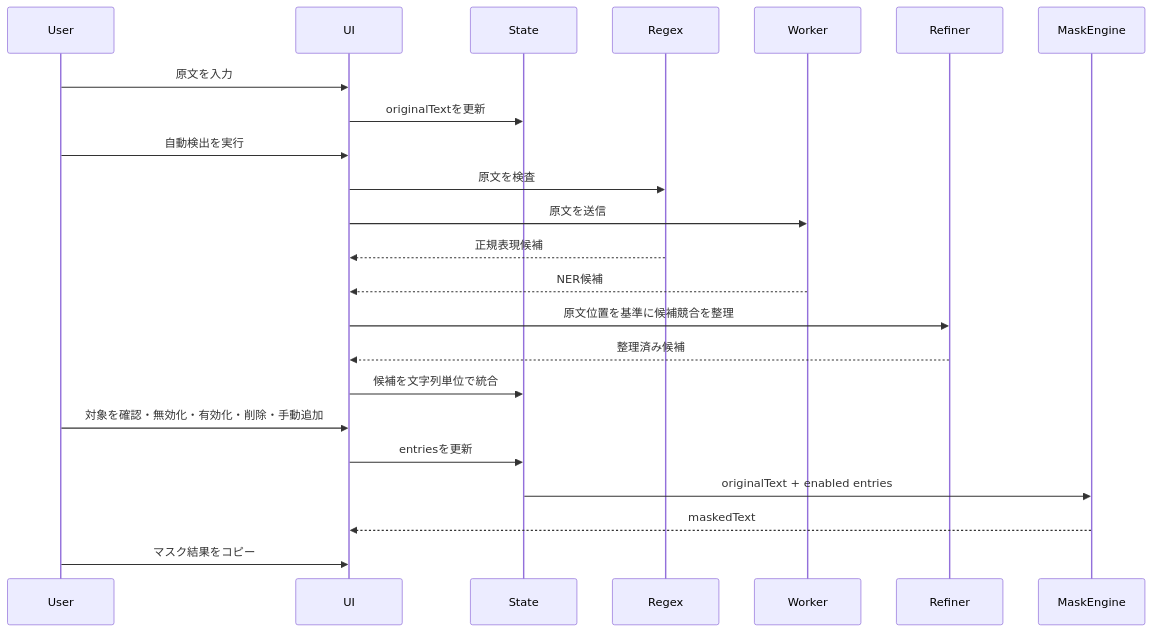
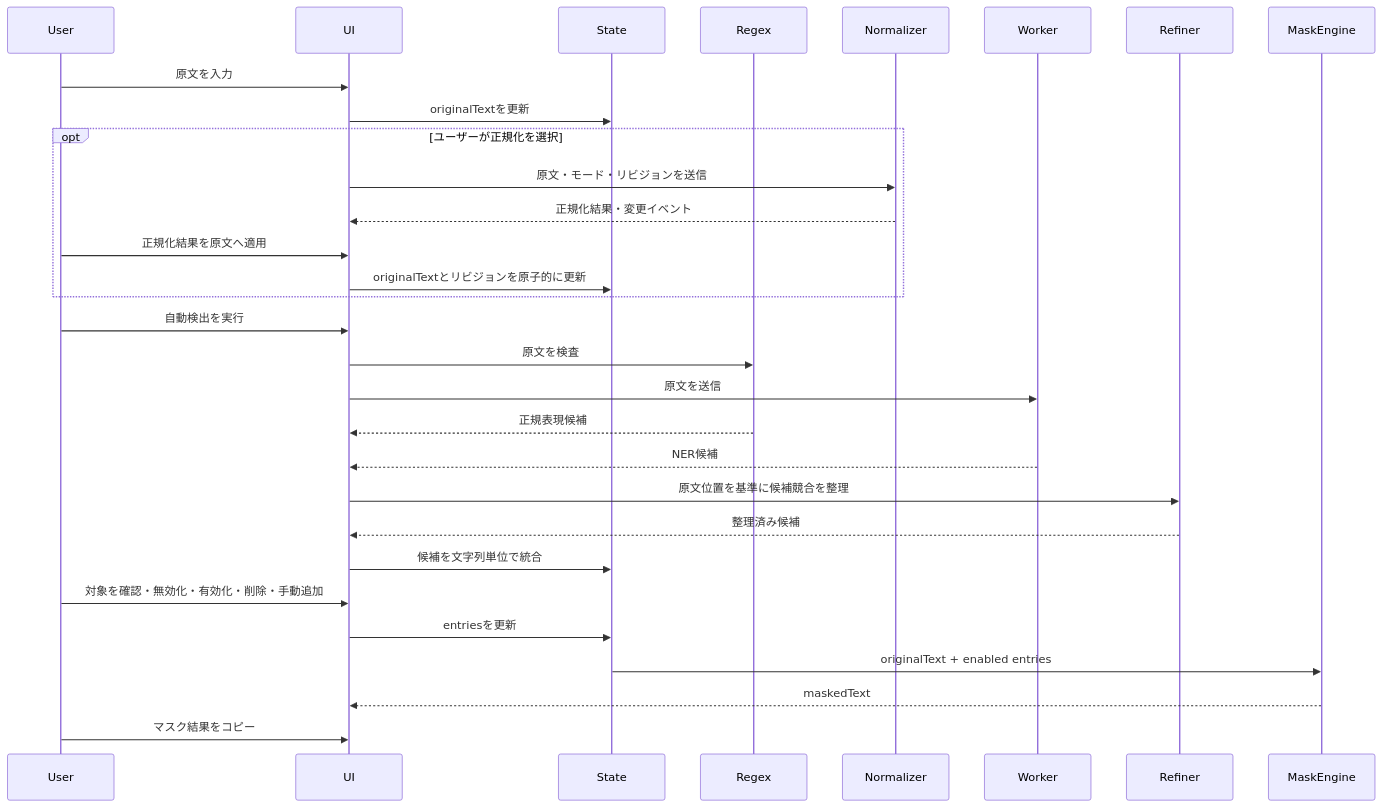
Before and after one commit to Bamboosato/local-pii-masker: the second of 5 diagrams in docs/architecture.md, drawn with Mermaid. The commit also changed other lines of this file and 21 other files, not shown here.

````diff
--- a/docs/architecture.md
+++ b/docs/architecture.md
@@ -97,26 +114,33 @@
 ```mermaid
 sequenceDiagram
     participant User
     participant UI
     participant State
     participant Regex
+    participant Normalizer
     participant Worker
     participant Refiner
     participant MaskEngine
 
     User->>UI: 原文を入力
     UI->>State: originalTextを更新
+    opt ユーザーが正規化を選択
+        UI->>Normalizer: 原文・モード・リビジョンを送信
+        Normalizer-->>UI: 正規化結果・変更イベント
+        User->>UI: 正規化結果を原文へ適用
+        UI->>State: originalTextとリビジョンを原子的に更新
+    end
     User->>UI: 自動検出を実行
     UI->>Regex: 原文を検査
     UI->>Worker: 原文を送信
     Regex-->>UI: 正規表現候補
     Worker-->>UI: NER候補
     UI->>Refiner: 原文位置を基準に候補競合を整理
     Refiner-->>UI: 整理済み候補
     UI->>State: 候補を文字列単位で統合
     User->>UI: 対象を確認・無効化・有効化・削除・手動追加
     UI->>State: entriesを更新
     State->>MaskEngine: originalText + enabled entries
     MaskEngine-->>UI: maskedText
     User->>UI: マスク結果をコピー
 ```
````
